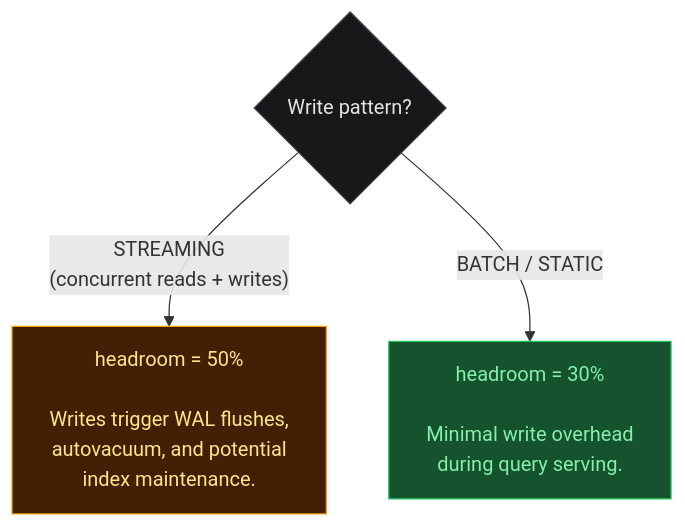
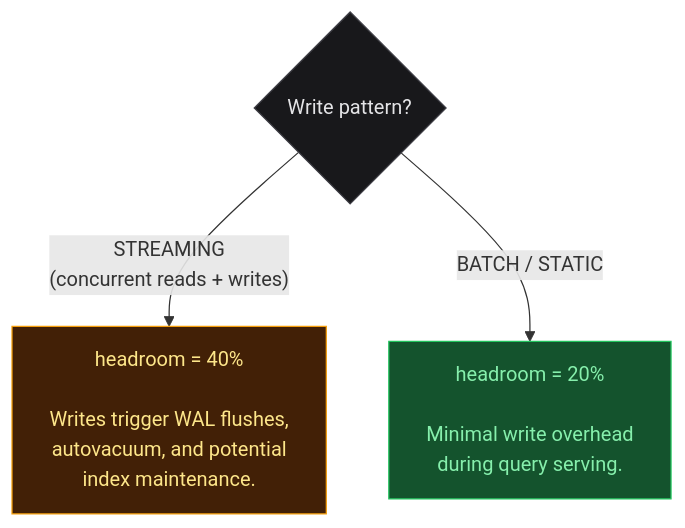
Before and after one commit to dventimisupabase/congenial-umbrella: diagram 14 of 18 in pgvector-field-guide.md, drawn with Mermaid. The commit also changed other lines of this file, not shown here.

````diff
--- a/pgvector-field-guide.md
+++ b/pgvector-field-guide.md
@@ -734,9 +752,9 @@
 ```mermaid
 flowchart TD
-    Q{"Write pattern?"} -->|"STREAMING\n(concurrent reads + writes)"| Stream["headroom = 50%\n\nWrites trigger WAL flushes,\nautovacuum, and potential\nindex maintenance."]
-    Q -->|"BATCH / STATIC"| Batch["headroom = 30%\n\nMinimal write overhead\nduring query serving."]
+    Q{"Write pattern?"} -->|"STREAMING\n(concurrent reads + writes)"| Stream["headroom = 40%\n\nWrites trigger WAL flushes,\nautovacuum, and potential\nindex maintenance."]
+    Q -->|"BATCH / STATIC"| Batch["headroom = 20%\n\nMinimal write overhead\nduring query serving."]
 
     style Q fill:#18181b,stroke:#3f3f46,color:#e4e4e7
     style Stream fill:#422006,stroke:#f59e0b,color:#fde68a
     style Batch fill:#14532d,stroke:#22c55e,color:#86efac
 ```
````
